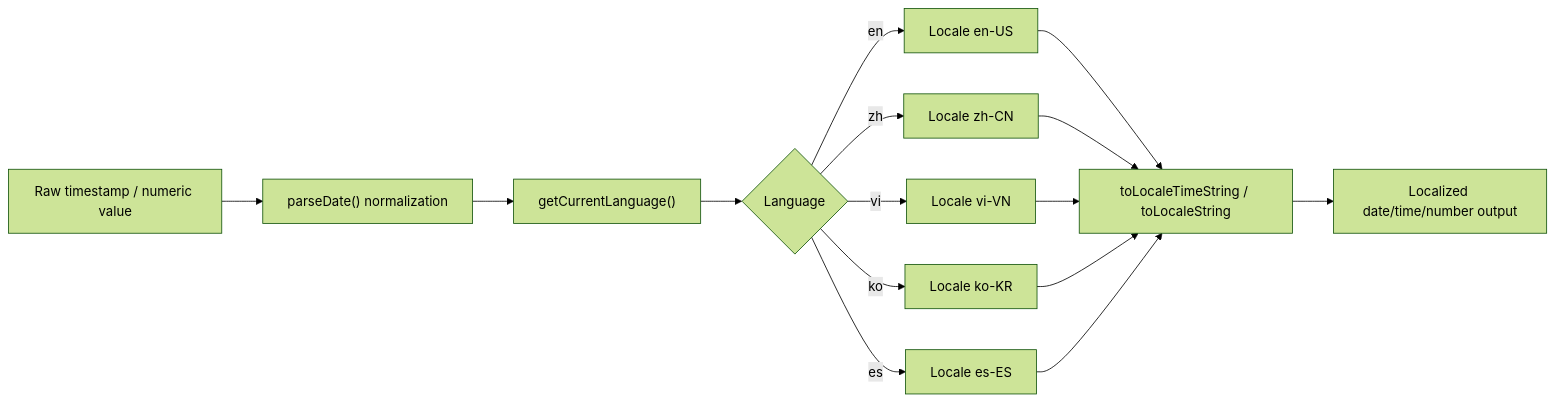
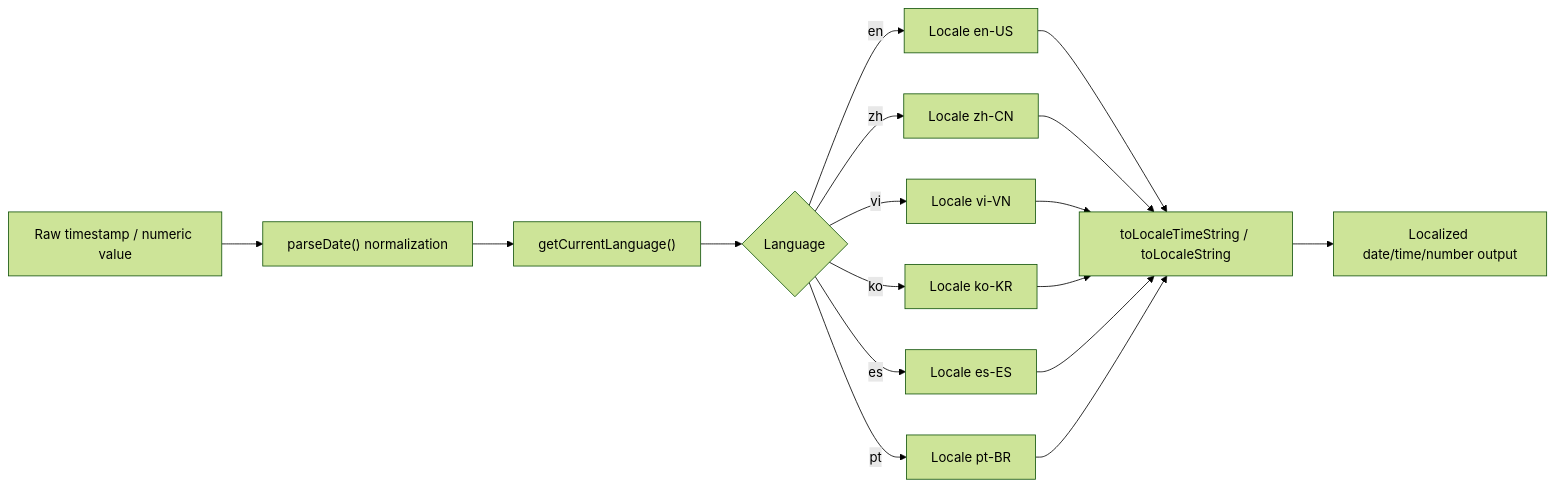
One commit to hoangsonww/Claude-Code-Agent-Monitor changed the sixth of 7 diagrams in docs/I18N.md. Above: the diagram before and after it, drawn with Mermaid (forest theme). The commit also changed other lines of this file and 27 other files, not shown here.

````diff
--- a/docs/I18N.md
+++ b/docs/I18N.md
@@ -240,17 +244,19 @@
 ```mermaid
 flowchart LR
     A["Raw timestamp / numeric value"] --> B["parseDate() normalization"]
     B --> C["getCurrentLanguage()"]
     C --> D{"Language"}
     D -->|en| E["Locale en-US"]
     D -->|zh| F["Locale zh-CN"]
     D -->|vi| G["Locale vi-VN"]
     D -->|ko| H["Locale ko-KR"]
     D -->|es| J["Locale es-ES"]
+    D -->|pt| P["Locale pt-BR"]
     E --> K["toLocaleTimeString / toLocaleString"]
     F --> K
     G --> K
     H --> K
     J --> K
+    P --> K
     K --> I["Localized date/time/number output"]
 ```
````
